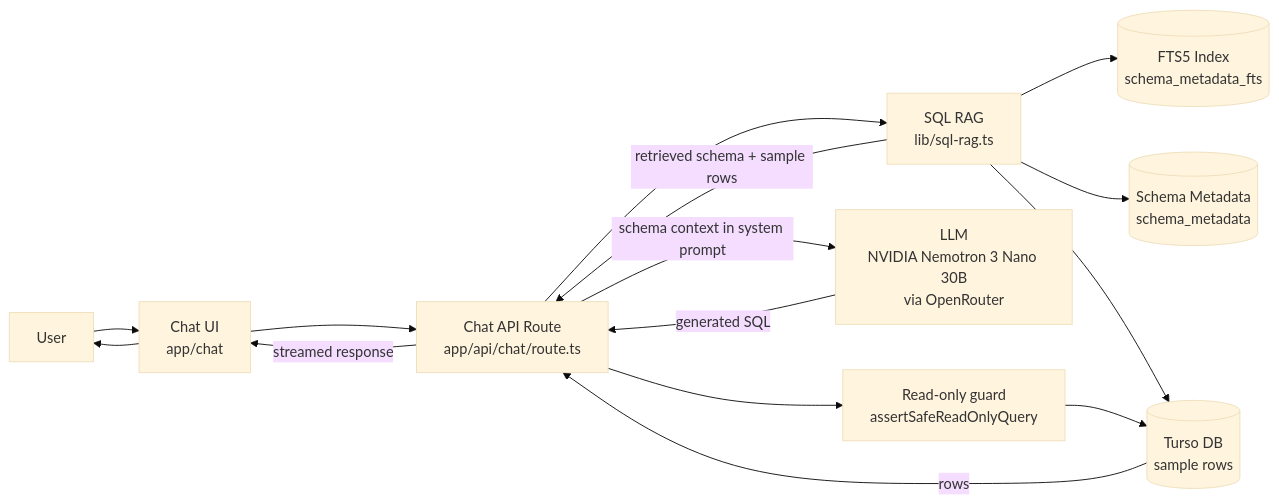
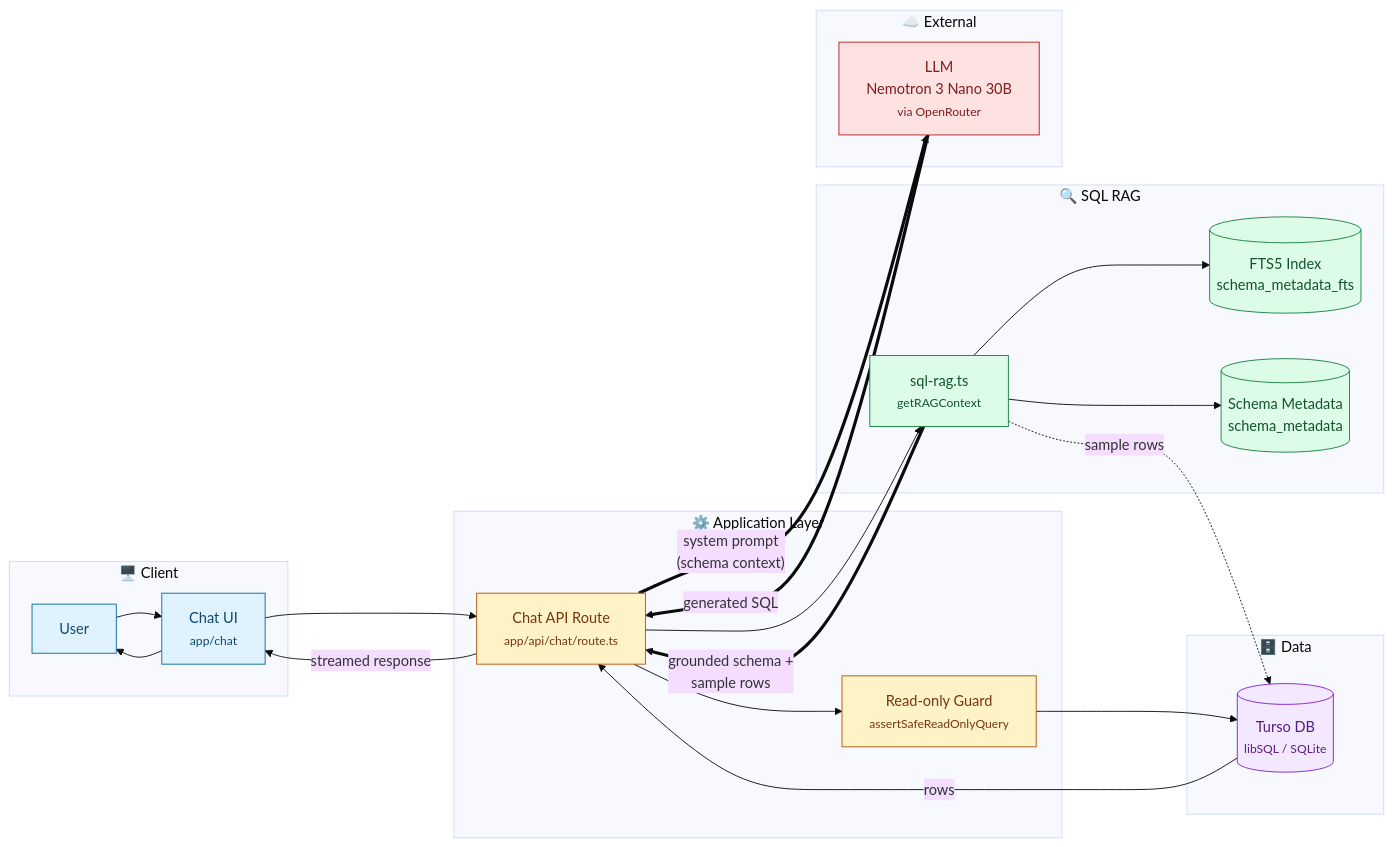
One commit to darshil-here/chat-sql-agent changed the diagram in README.md. Above: the diagram before and after it, drawn with Mermaid (base theme). The commit also changed other lines of this file, not shown here.

````diff
--- a/README.md
+++ b/README.md
@@ -39,17 +39,53 @@
 ```mermaid
 flowchart LR
-    U[User] --> UI[Chat UI<br/>app/chat]
-    UI --> API["Chat API Route<br/>app/api/chat/route.ts"]
-    API --> RAG["SQL RAG<br/>lib/sql-rag.ts"]
-    RAG --> FTS[("FTS5 Index<br/>schema_metadata_fts")]
-    RAG --> SM[("Schema Metadata<br/>schema_metadata")]
-    RAG --> DB1[("Turso DB<br/>sample rows")]
-    RAG -->|retrieved schema + sample rows| API
-    API -->|schema context in system prompt| LLM["LLM<br/>NVIDIA Nemotron 3 Nano 30B<br/>via OpenRouter"]
-    LLM -->|generated SQL| API
-    API --> Guard["Read-only guard<br/>assertSafeReadOnlyQuery"]
-    Guard --> DB1
+    subgraph Client["🖥️ Client"]
+        U["User"]
+        UI["Chat UI<br/><small>app/chat</small>"]
+    end
+
+    subgraph App["⚙️ Application Layer"]
+        API["Chat API Route<br/><small>app/api/chat/route.ts</small>"]
+        Guard["Read-only Guard<br/><small>assertSafeReadOnlyQuery</small>"]
+    end
+
+    subgraph RAGLayer["🔍 SQL RAG"]
+        RAG["sql-rag.ts<br/><small>getRAGContext</small>"]
+        FTS[("FTS5 Index<br/>schema_metadata_fts")]
+        SM[("Schema Metadata<br/>schema_metadata")]
+    end
+
+    subgraph DataLayer["🗄️ Data"]
+        DB1[("Turso DB<br/><small>libSQL / SQLite</small>")]
+    end
+
+    subgraph External["☁️ External"]
+        LLM["LLM<br/>Nemotron 3 Nano 30B<br/><small>via OpenRouter</small>"]
+    end
+
+    U --> UI --> API
+    API --> RAG
+    RAG --> FTS
+    RAG --> SM
+    RAG -.->|sample rows| DB1
+
+    RAG ==>|"grounded schema +<br/>sample rows"| API
+    API ==>|"system prompt<br/>(schema context)"| LLM
+    LLM ==>|"generated SQL"| API
+
+    API --> Guard --> DB1
     DB1 -->|rows| API
     API -->|streamed response| UI
     UI --> U
+
+    classDef client fill:#e0f2fe,stroke:#0369a1,color:#0c4a6e
+    classDef app fill:#fef3c7,stroke:#b45309,color:#78350f
+    classDef rag fill:#dcfce7,stroke:#15803d,color:#14532d
+    classDef data fill:#f3e8ff,stroke:#7e22ce,color:#581c87
+    classDef ext fill:#fee2e2,stroke:#b91c1c,color:#7f1d1d
+
+    class U,UI client
+    class API,Guard app
+    class RAG,FTS,SM rag
+    class DB1 data
+    class LLM ext
 ```
````
